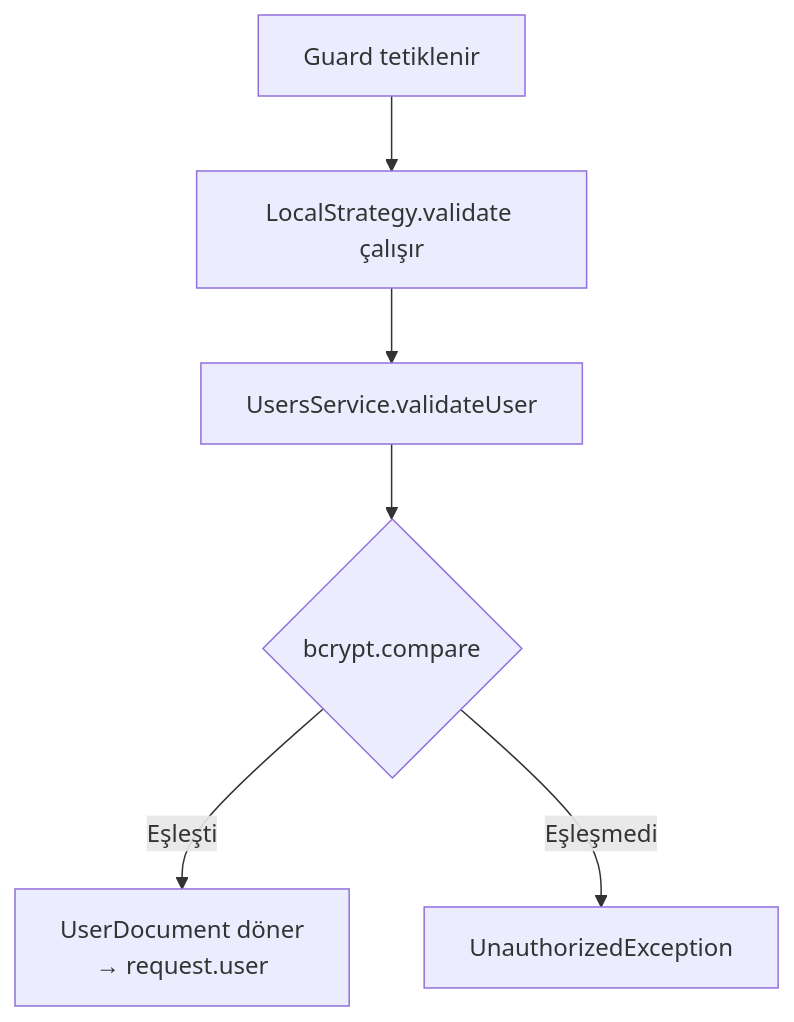
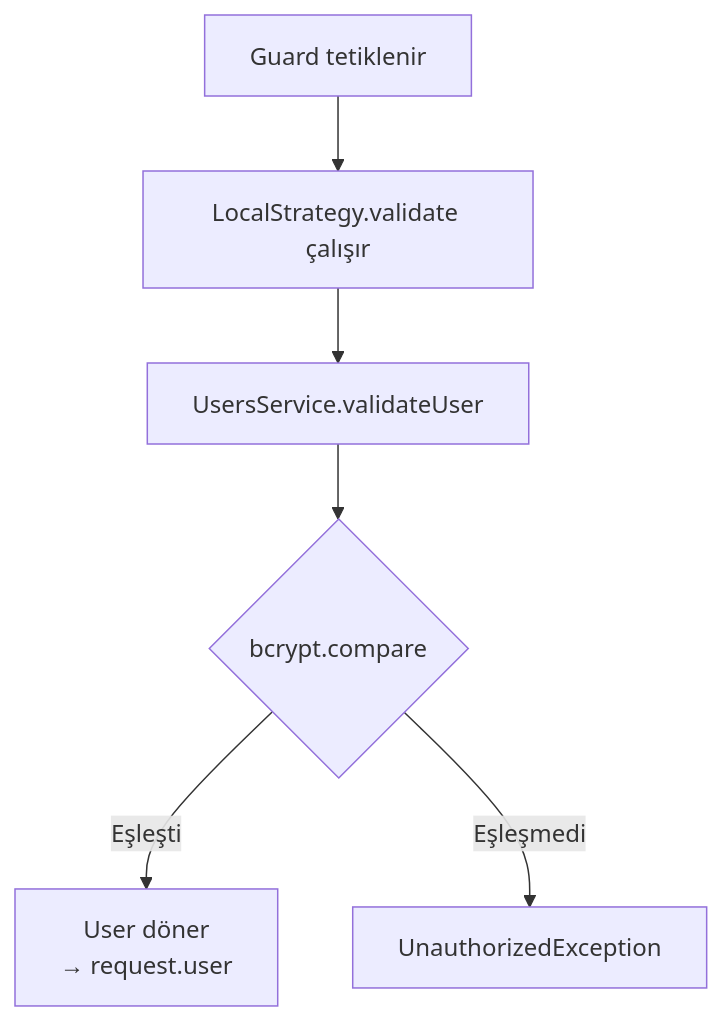
The third of 7 diagrams in docs/AUTH_FLOW.md (HuseyinKaraman/nestjs-microservice), drawn with Mermaid before and after one commit. The commit also changed other lines of this file and 37 other files, not shown here.

````diff
--- a/docs/AUTH_FLOW.md
+++ b/docs/AUTH_FLOW.md
@@ -101,8 +101,8 @@
 ```mermaid
 flowchart TD
     A[Guard tetiklenir] --> B[LocalStrategy.validate çalışır]
     B --> C[UsersService.validateUser]
     C --> D{bcrypt.compare}
-    D -- Eşleşti --> E[UserDocument döner\n→ request.user]
+    D -- Eşleşti --> E[User döner\n→ request.user]
     D -- Eşleşmedi --> F[UnauthorizedException]
 ```
````
